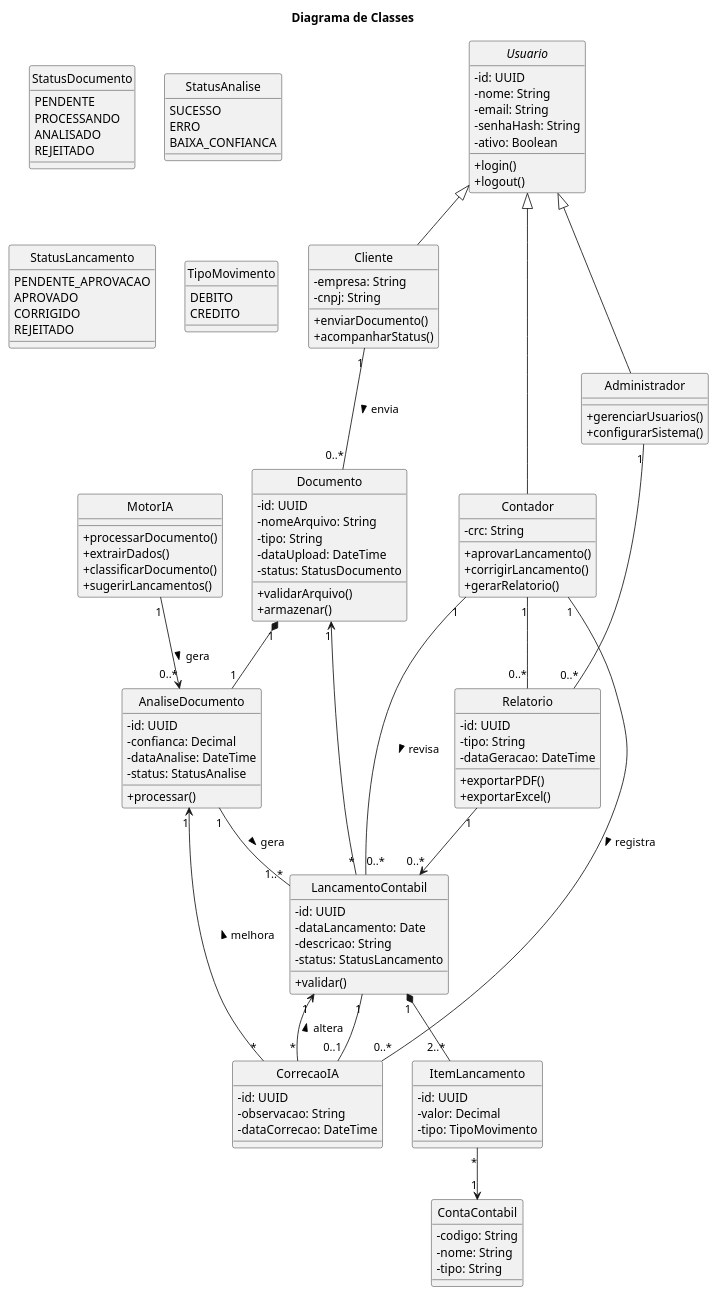
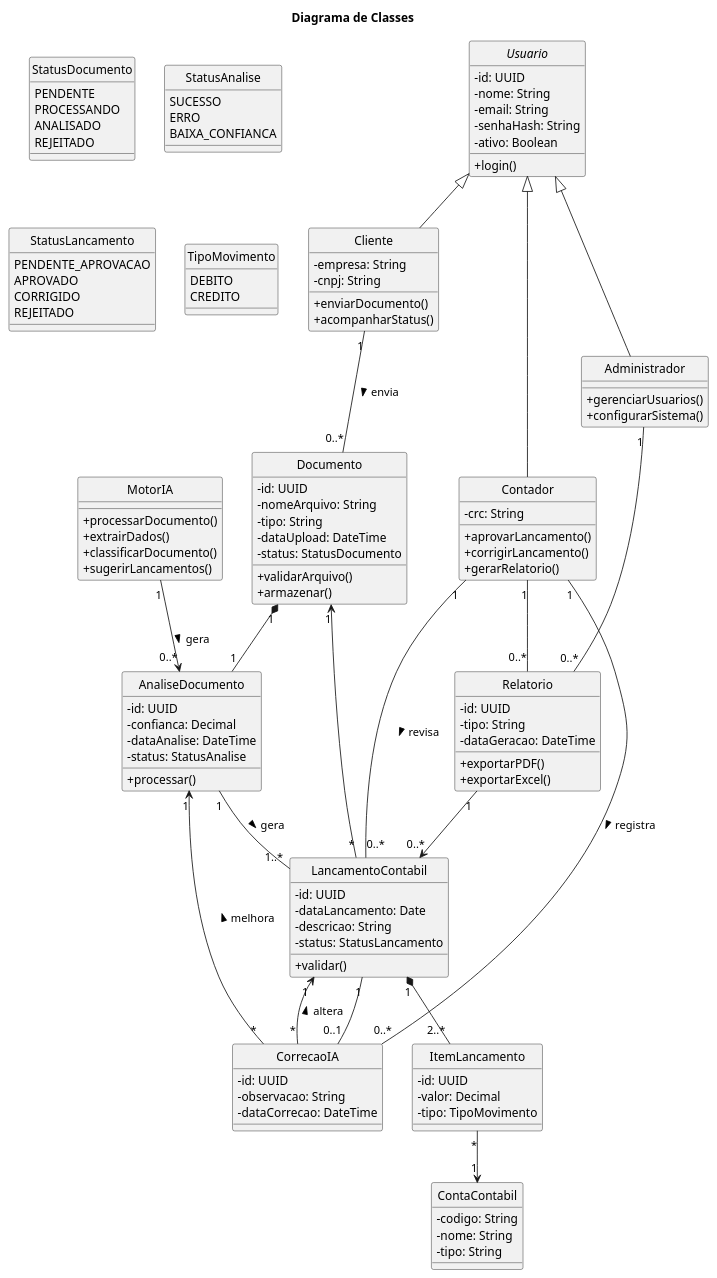
One commit to Engenharia-de-Software-Fatec/eng-softII-2026 changed the diagram in docs/diagramas/diagrama-classe.puml. Above: the diagram before and after it, drawn with PlantUML.

Commit message:
Update diagrama-classe.puml
teste

```diff
--- a/docs/diagramas/diagrama-classe.puml
+++ b/docs/diagramas/diagrama-classe.puml
@@ -1,168 +1,168 @@
 @startuml
 title Diagrama de Classes
 
 skinparam classAttributeIconSize 0
 skinparam style strictuml
 
 ' ========================
 ' USUÁRIOS
 ' ========================
 abstract class Usuario {
   - id: UUID
   - nome: String
   - email: String
   - senhaHash: String
   - ativo: Boolean
   + login()
-  + logout()
+  
 }
 
 class Cliente {
   - empresa: String
   - cnpj: String
   + enviarDocumento()
   + acompanharStatus()
 }
 
 class Contador {
   - crc: String
   + aprovarLancamento()
   + corrigirLancamento()
   + gerarRelatorio()
 }
 
 class Administrador {
   + gerenciarUsuarios()
   + configurarSistema()
 }
 
 Usuario <|-- Cliente
 Usuario <|-- Contador
 Usuario <|-- Administrador
 
 ' ========================
 ' DOCUMENTOS
 ' ========================
 class Documento {
   - id: UUID
   - nomeArquivo: String
   - tipo: String
   - dataUpload: DateTime
   - status: StatusDocumento
   + validarArquivo()
   + armazenar()
 }
 
 enum StatusDocumento {
   PENDENTE
   PROCESSANDO
   ANALISADO
   REJEITADO
 }
 
 Cliente "1" -- "0..*" Documento : envia >
 
 ' ========================
 ' IA / PROCESSAMENTO
 ' ========================
 class MotorIA {
   + processarDocumento()
   + extrairDados()
   + classificarDocumento()
   + sugerirLancamentos()
 }
 
 class AnaliseDocumento {
   - id: UUID
   - confianca: Decimal
   - dataAnalise: DateTime
   - status: StatusAnalise
   + processar()
 }
 
 enum StatusAnalise {
   SUCESSO
   ERRO
   BAIXA_CONFIANCA
 }
 
 Documento "1" *-- "1" AnaliseDocumento
 MotorIA "1" --> "0..*" AnaliseDocumento : gera >
 
 ' ========================
 ' LANÇAMENTOS CONTÁBEIS
 ' ========================
 class LancamentoContabil {
   - id: UUID
   - dataLancamento: Date
   - descricao: String
   - status: StatusLancamento
   + validar()
 }
 
 enum StatusLancamento {
   PENDENTE_APROVACAO
   APROVADO
   CORRIGIDO
   REJEITADO
 }
 
 class ItemLancamento {
   - id: UUID
   - valor: Decimal
   - tipo: TipoMovimento
 }
 
 enum TipoMovimento {
   DEBITO
   CREDITO
 }
 
 class ContaContabil {
   - codigo: String
   - nome: String
   - tipo: String
 }
 
 ' Relações contábeis corretas
 AnaliseDocumento "1" -- "1..*" LancamentoContabil : gera >
 LancamentoContabil "1" *-- "2..*" ItemLancamento
 ItemLancamento "*" --> "1" ContaContabil
 
 ' Rastreabilidade (IMPORTANTE)
 LancamentoContabil "*" --> "1" Documento
 
 ' Revisão do contador
 Contador "1" -- "0..*" LancamentoContabil : revisa >
 
 ' ========================
 ' FEEDBACK / APRENDIZADO
 ' ========================
 class CorrecaoIA {
   - id: UUID
   - observacao: String
   - dataCorrecao: DateTime
 }
 
 LancamentoContabil "1" -- "0..1" CorrecaoIA
 CorrecaoIA "*" --> "1" LancamentoContabil : altera >
 CorrecaoIA "*" --> "1" AnaliseDocumento : melhora >
 
 Contador "1" -- "0..*" CorrecaoIA : registra >
 
 ' ========================
 ' RELATÓRIOS
 ' ========================
 class Relatorio {
   - id: UUID
   - tipo: String
   - dataGeracao: DateTime
   + exportarPDF()
   + exportarExcel()
 }
 
 Relatorio "1" --> "0..*" LancamentoContabil
 Contador "1" -- "0..*" Relatorio
 Administrador "1" -- "0..*" Relatorio
 
 @enduml
```
